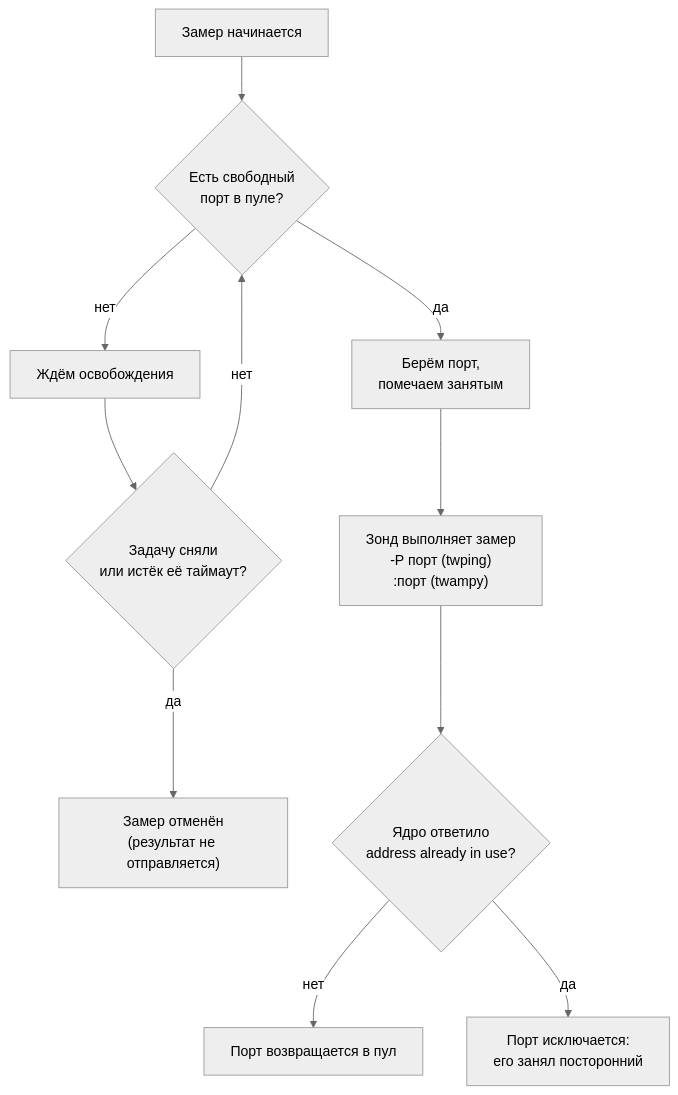
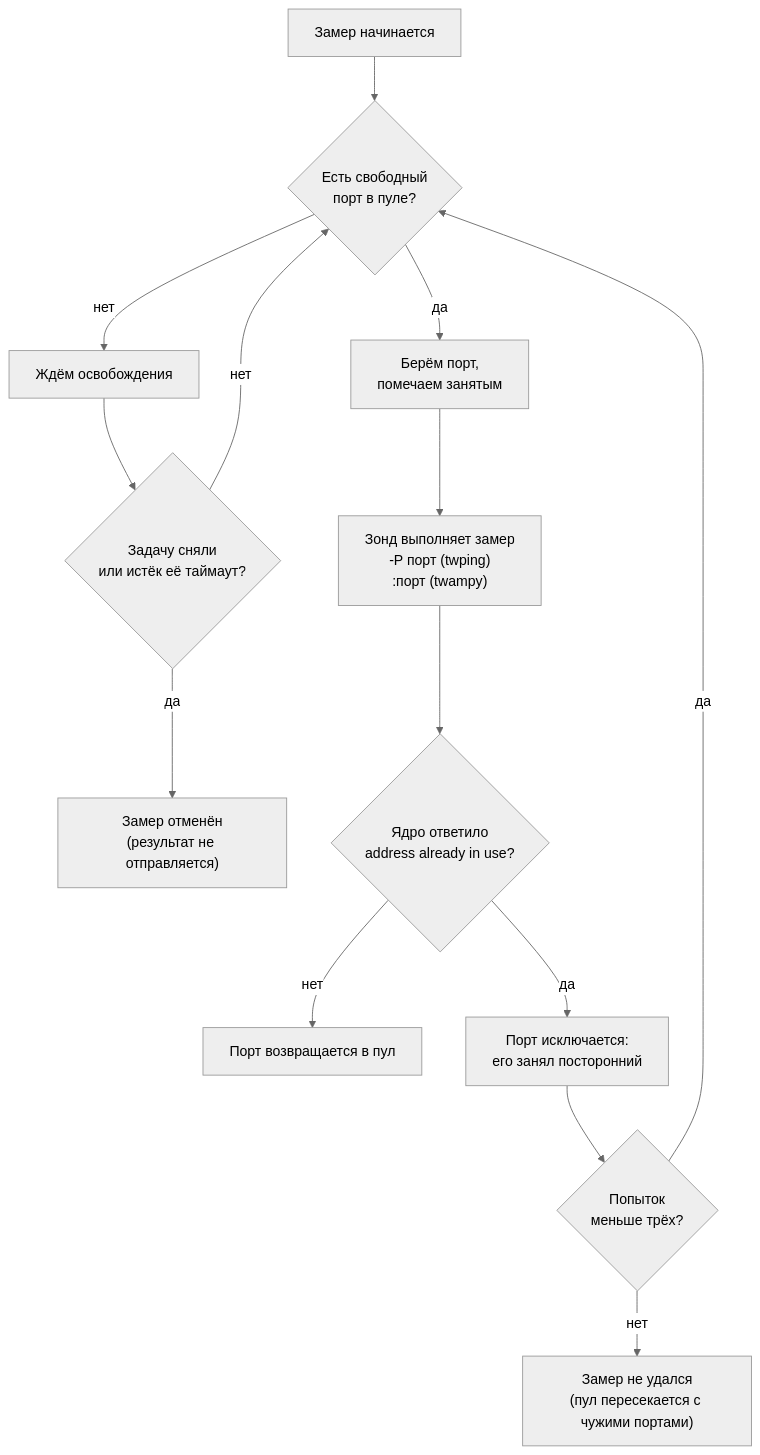
The diagram in docs/parallelism.md (akprof2000/twamp-probe), drawn with Mermaid (neutral theme) before and after one commit. The commit also changed other lines of this file and 3 other files, not shown here.

First line of the commit message:
Занятый порт больше не теряет замер, пул резервируется в ядре

````diff
--- a/docs/parallelism.md
+++ b/docs/parallelism.md
@@ -180,13 +183,16 @@
 ```mermaid
 flowchart TD
     start["Замер начинается"] --> check{"Есть свободный<br/>порт в пуле?"}
     check -->|да| take["Берём порт,<br/>помечаем занятым"]
     check -->|нет| wait["Ждём освобождения"]
     wait --> cancelled{"Задачу сняли<br/>или истёк её таймаут?"}
     cancelled -->|да| drop["Замер отменён<br/>(результат не отправляется)"]
     cancelled -->|нет| check
     take --> run["Зонд выполняет замер<br/>-P порт (twping)<br/>:порт (twampy)"]
     run --> busy{"Ядро ответило<br/>address already in use?"}
     busy -->|нет| release["Порт возвращается в пул"]
     busy -->|да| ban["Порт исключается:<br/>его занял посторонний"]
+    ban --> again{"Попыток<br/>меньше трёх?"}
+    again -->|да| check
+    again -->|нет| fail["Замер не удался<br/>(пул пересекается с чужими портами)"]
 ```
````
